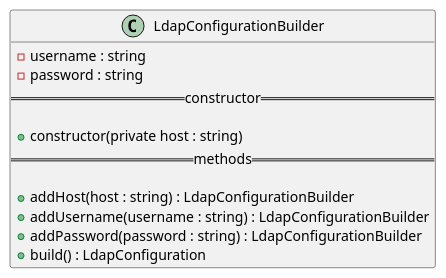
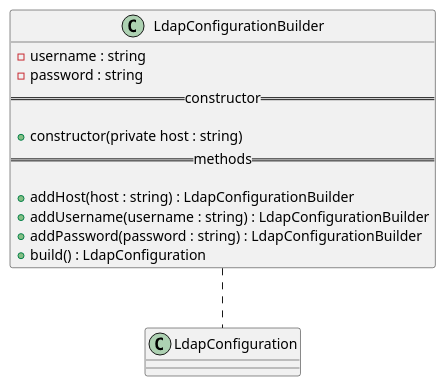
One commit to GruppOne/stalker-web-app changed the diagram in docs/diagrams/classes/LdapConfiguration/LdapConfigurationBuilder.pu. Above: the diagram before and after it, drawn with PlantUML. The commit also changed 12 other files, not shown here.

Commit message:
feat: include all diagrams into class-diagram and design relations

```diff
--- a/docs/diagrams/classes/LdapConfiguration/LdapConfigurationBuilder.pu
+++ b/docs/diagrams/classes/LdapConfiguration/LdapConfigurationBuilder.pu
@@ -1,15 +1,17 @@
 @startuml LdapConfigurationBuilder diagram
 class LdapConfigurationBuilder {
   - username : string
   - password : string
   ==constructor==
 
   + constructor(private host : string)
   ==methods==
 
   + addHost(host : string) : LdapConfigurationBuilder
   + addUsername(username : string) : LdapConfigurationBuilder
   + addPassword(password : string) : LdapConfigurationBuilder
   + build() : LdapConfiguration
 }
+
+LdapConfigurationBuilder .. LdapConfiguration
 @enduml
```
